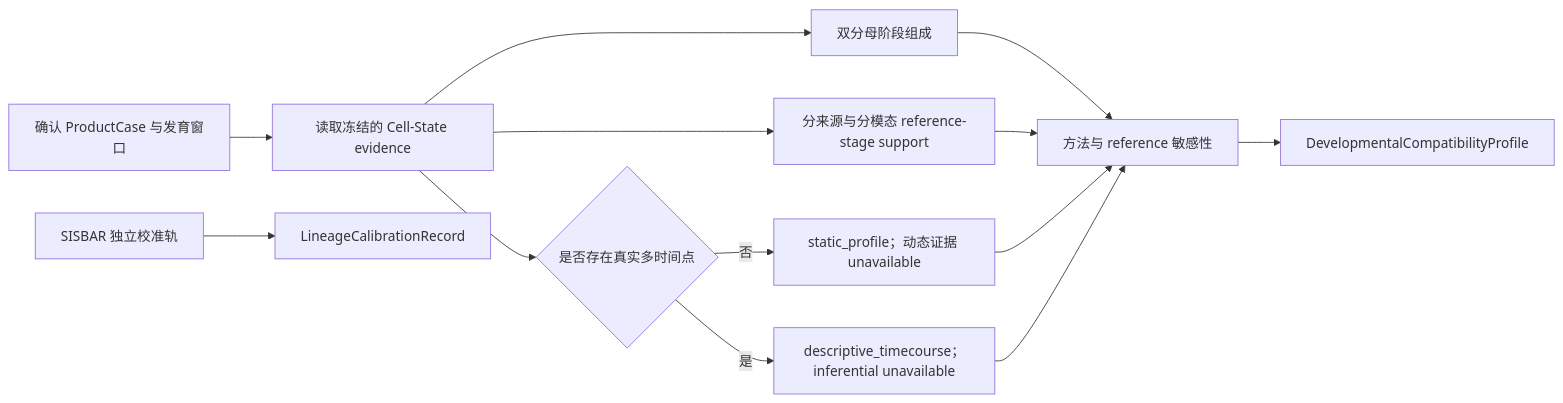
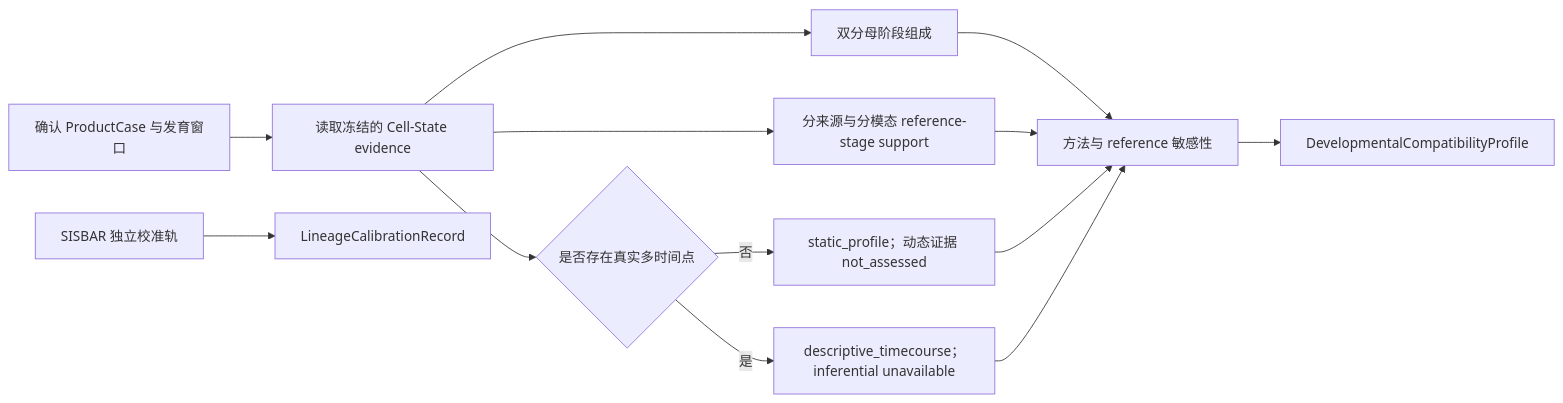
One commit to starvingarc/BRIDGE changed the diagram in docs/bridge_spec_v0.1/developmental_compatibility_task_card.md. Above: the diagram before and after it, drawn with Mermaid. The commit also changed other lines of this file and 33 other files, not shown here.

````diff
--- a/docs/bridge_spec_v0.1/developmental_compatibility_task_card.md
+++ b/docs/bridge_spec_v0.1/developmental_compatibility_task_card.md
@@ -73,15 +76,15 @@
 ```mermaid
 flowchart LR
     A["确认 ProductCase 与发育窗口"] --> B["读取冻结的 Cell-State evidence"]
     B --> C["双分母阶段组成"]
     B --> D["分来源与分模态 reference-stage support"]
     B --> E{"是否存在真实多时间点"}
-    E -->|否| F["static_profile；动态证据 unavailable"]
+    E -->|否| F["static_profile；动态证据 not_assessed"]
     E -->|是| G["descriptive_timecourse；inferential unavailable"]
     C --> I["方法与 reference 敏感性"]
     D --> I
     F --> I
     G --> I
     I --> J["DevelopmentalCompatibilityProfile"]
     K["SISBAR 独立校准轨"] --> L["LineageCalibrationRecord"]
 ```
````
